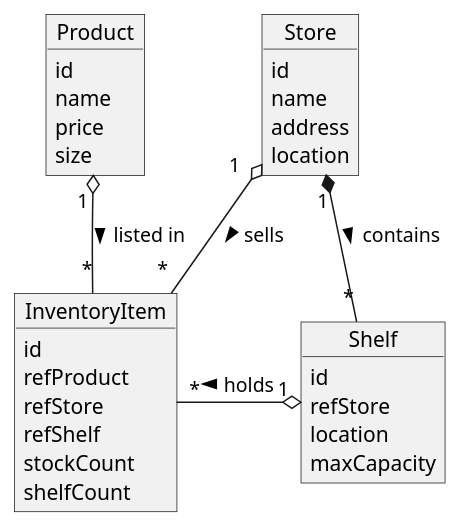
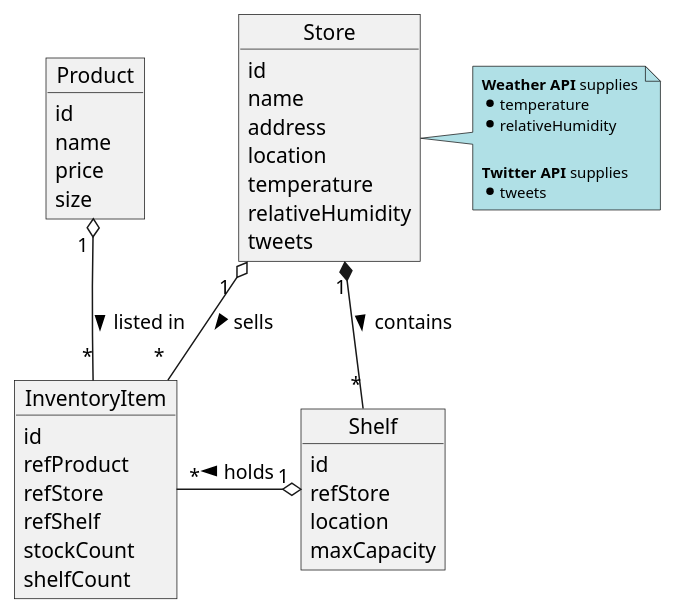
Before and after one commit to FIWARE/tutorials.Subscriptions: the diagram in diagrams/entities.puml, drawn with PlantUML. The commit also changed 1 other file, not shown here.

Commit message:
Add note to entity diagram

```diff
--- a/diagrams/entities.puml
+++ b/diagrams/entities.puml
@@ -1,38 +1,50 @@
 @startuml
 object Product
 
 Product : id 
 Product : name 
 Product : price 
 Product : size 
 
 
 object InventoryItem
 
 InventoryItem : id 
 InventoryItem : refProduct 
 InventoryItem : refStore 
 InventoryItem : refShelf 
 InventoryItem : stockCount 
 InventoryItem : shelfCount 
 
 
 object Store
 
 Store : id 
 Store : name 
 Store : address 
-Store : location
+Store : location 
+Store : temperature 
+Store : relativeHumidity 
+Store : tweets
+
+note right of Store #PowderBlue
+  <size:10><b>Weather API</b> supplies</size>
+  * <size:10>temperature</size>
+  * <size:10>relativeHumidity</size>
+
+  <size:10><b>Twitter API</b> supplies</size>
+  * <size:10>tweets</size>
+end note 
 
 object Shelf
 
 Shelf : id 
 Shelf : refStore 
 Shelf : location 
 Shelf : maxCapacity
 
 Product "1 " o-- " *" InventoryItem  : listed in >
 Store " 1  " o-- " *  " InventoryItem :  sells >
 Store "1" *-- "*" Shelf : contains >
 InventoryItem "*" -o " 1" Shelf : < holds
 @enduml
```
